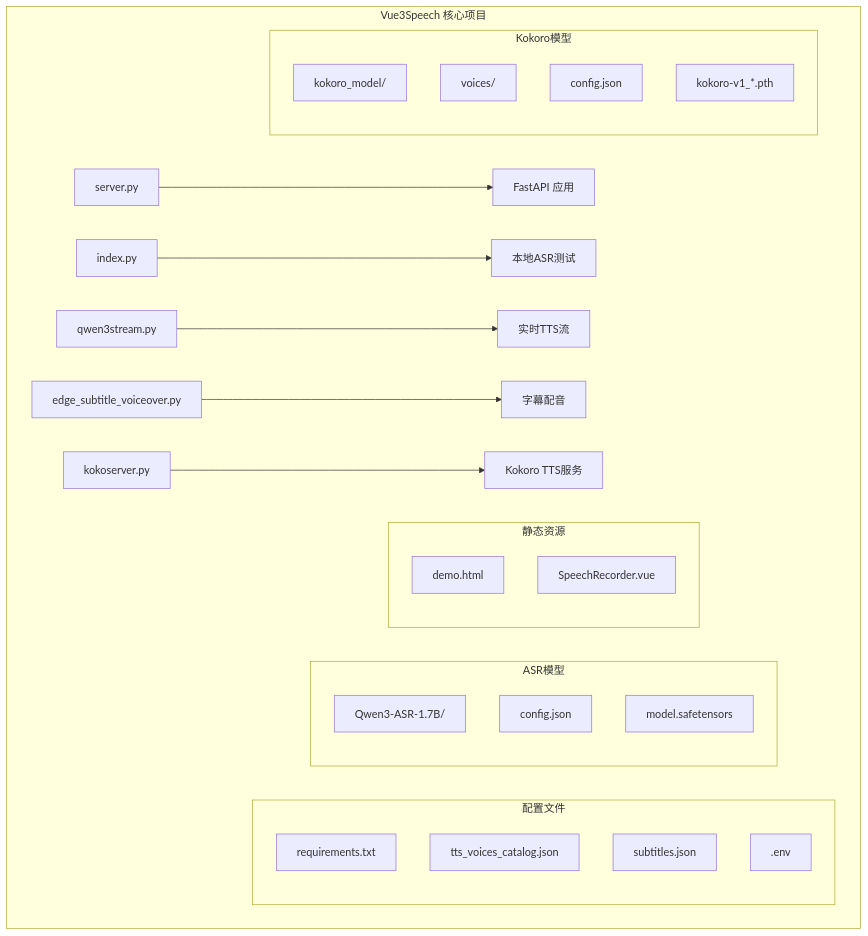
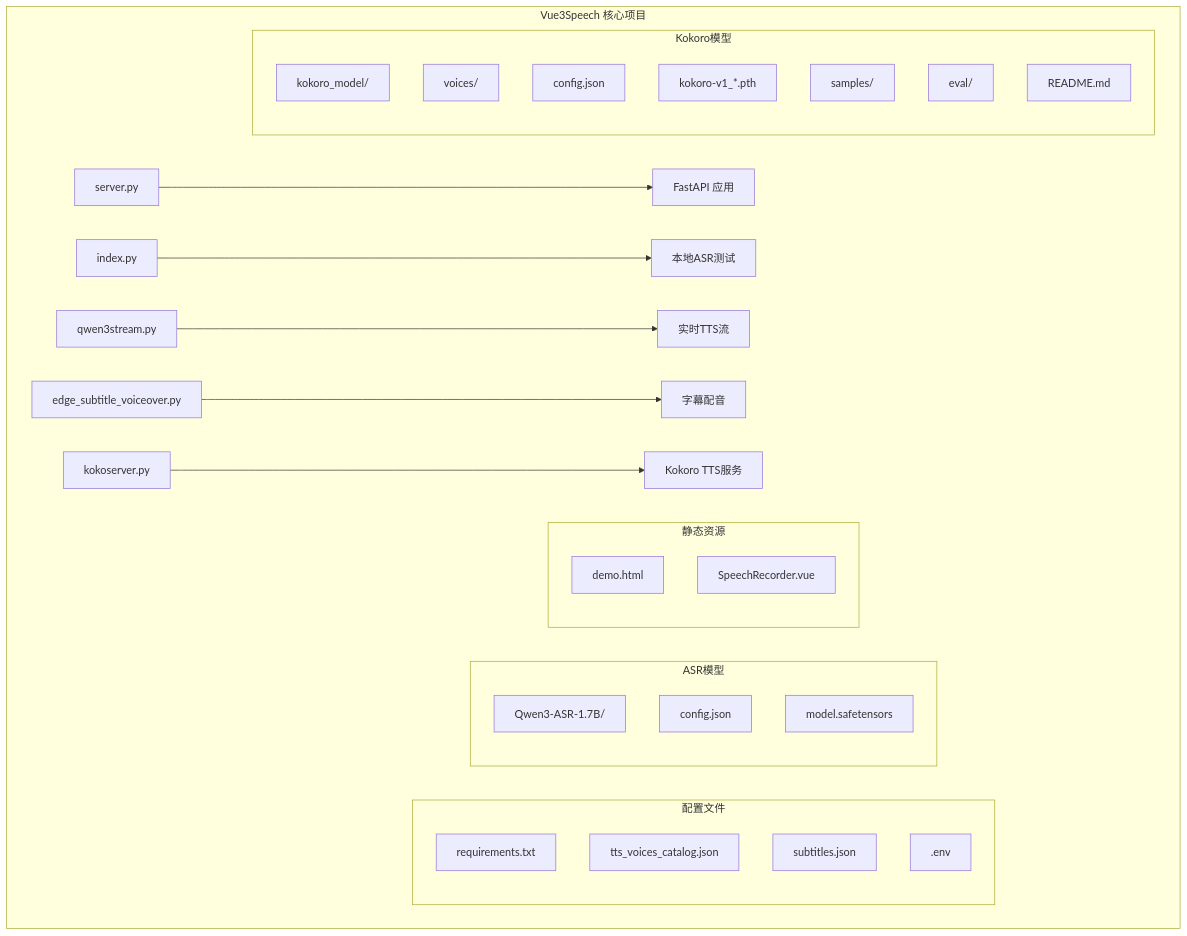
Before and after one commit to 1024dashen/Vue3Speech: the first of 14 diagrams in .qoder/repowiki/zh/content/后端服务架构/后端服务架构.md, drawn with Mermaid. The commit also changed other lines of this file and 5 other files, not shown here.

````diff
--- a/.qoder/repowiki/zh/content/后端服务架构/后端服务架构.md
+++ b/.qoder/repowiki/zh/content/后端服务架构/后端服务架构.md
@@ -49,31 +58,34 @@
 ```mermaid
 graph TB
 subgraph "Vue3Speech 核心项目"
 A[server.py] --> B[FastAPI 应用]
 C[index.py] --> D[本地ASR测试]
 E[qwen3stream.py] --> F[实时TTS流]
 G[edge_subtitle_voiceover.py] --> H[字幕配音]
 I[kokoserver.py] --> J[Kokoro TTS服务]
 subgraph "配置文件"
 K[requirements.txt]
 L[tts_voices_catalog.json]
 M[subtitles.json]
 N[.env]
 end
 subgraph "ASR模型"
 O[Qwen3-ASR-1.7B/]
 P[config.json]
 Q[model.safetensors]
 end
 subgraph "静态资源"
 R[demo.html]
 S[SpeechRecorder.vue]
 end
 subgraph "Kokoro模型"
 T[kokoro_model/]
 U[voices/]
 V[config.json]
 W[kokoro-v1_*.pth]
+X[samples/]
+Y[eval/]
+Z[README.md]
 end
 end
 ```
````
